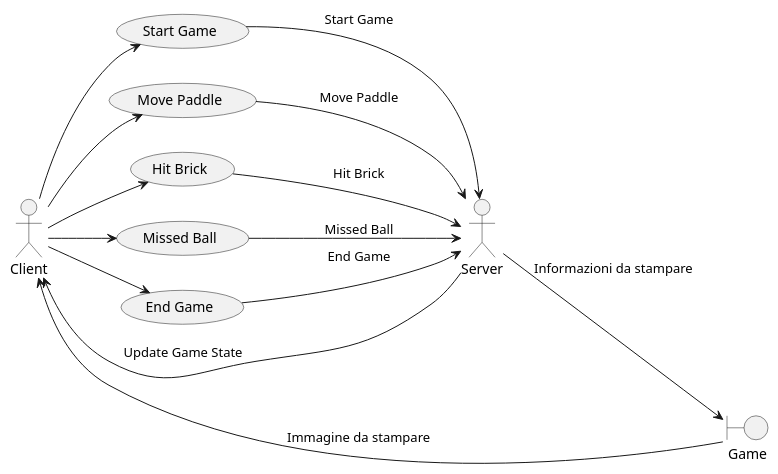
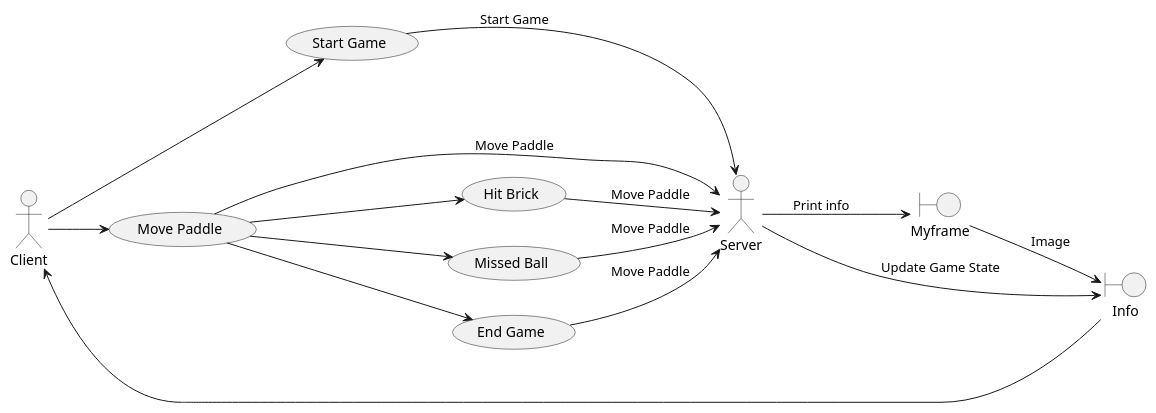
The diagram in RivalBallTournament/Documentazione/useCaseDiagram.puml (GianaEnea/RivalBallTournament), drawn with PlantUML before and after one commit. The commit also changed 4 other files, not shown here.

```diff
--- a/RivalBallTournament/Documentazione/useCaseDiagram.puml
+++ b/RivalBallTournament/Documentazione/useCaseDiagram.puml
@@ -1,23 +1,27 @@
+@startuml
+
 left to right direction
 
 actor Client as "Client"
 actor Server as "Server"
-boundary Game as "Game"
+boundary Game as "Myframe"
+boundary info as "Info"
 
 Client --> (Start Game)
 Client --> (Move Paddle)
-Client --> (Hit Brick)
-Client --> (Missed Ball)
-Client --> (End Game)
 
 (Start Game) --> Server: Start Game
 (Move Paddle) --> Server: Move Paddle
-(Hit Brick) --> Server: Hit Brick
-(Missed Ball) --> Server: Missed Ball
-(End Game) --> Server: End Game
+(Move Paddle) --> (Hit Brick)
+(Move Paddle) --> (Missed Ball)
+(Move Paddle) --> (End Game)
+(Hit Brick) --> Server: Move Paddle
+(Missed Ball) --> Server: Move Paddle
+(End Game) --> Server: Move Paddle
 
-(Server) --> (Game): Informazioni da stampare
-(Game) --> (Client): Immagine da stampare
-(Server) --> (Client): Update Game State
+(Server) --> (Game): Print info
+(Game) --> info: Image
+(Server) --> (info): Update Game State
+info --> Client
 
 @enduml
```
